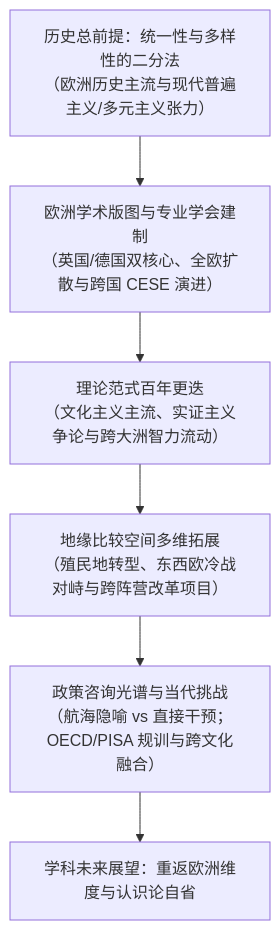
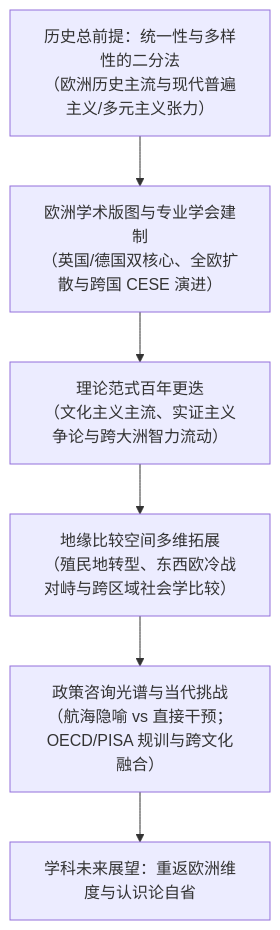
Before and after one commit to likemie/vault-notes: the diagram in wiki/arguments/books/Cowen(Ed.)_2009_Springer/Argument_Mitter_2009_Europe.md, drawn with Mermaid. The commit also changed other lines of this file and 10 other files, not shown here.

````diff
--- a/wiki/arguments/books/Cowen(Ed.)_2009_Springer/Argument_Mitter_2009_Europe.md
+++ b/wiki/arguments/books/Cowen(Ed.)_2009_Springer/Argument_Mitter_2009_Europe.md
@@ -99,8 +99,8 @@
 ```mermaid
 flowchart TD
     A["历史总前提：统一性与多样性的二分法<br>（欧洲历史主流与现代普遍主义/多元主义张力）"] --> B["欧洲学术版图与专业学会建制<br>（英国/德国双核心、全欧扩散与跨国 CESE 演进）"]
     B --> C["理论范式百年更迭<br>（文化主义主流、实证主义争论与跨大洲智力流动）"]
-    C --> D["地缘比较空间多维拓展<br>（殖民地转型、东西欧冷战对峙与跨阵营改革项目）"]
+    C --> D["地缘比较空间多维拓展<br>（殖民地转型、东西欧冷战对峙与跨区域社会学比较）"]
     D --> E["政策咨询光谱与当代挑战<br>（航海隐喻 vs 直接干预；OECD/PISA 规训与跨文化融合）"]
     E --> F["学科未来展望：重返欧洲维度与认识论自省"]
 ```
````
